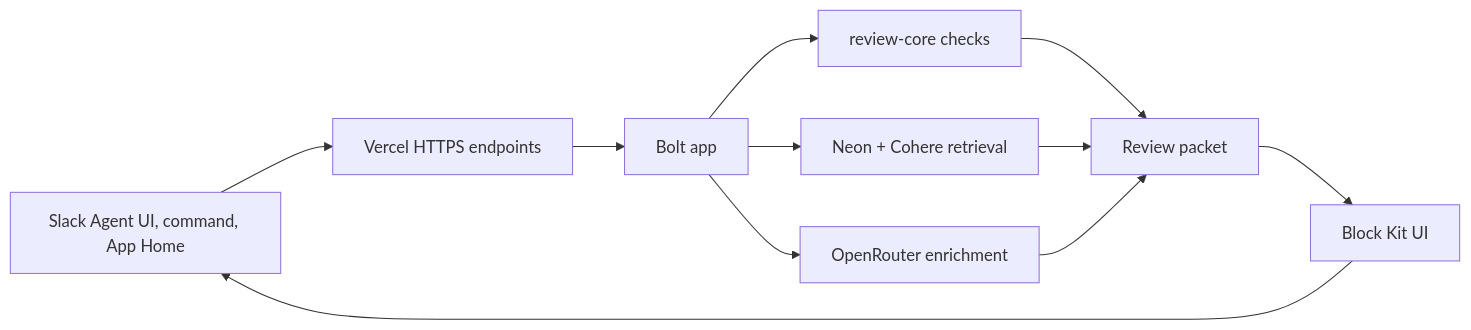
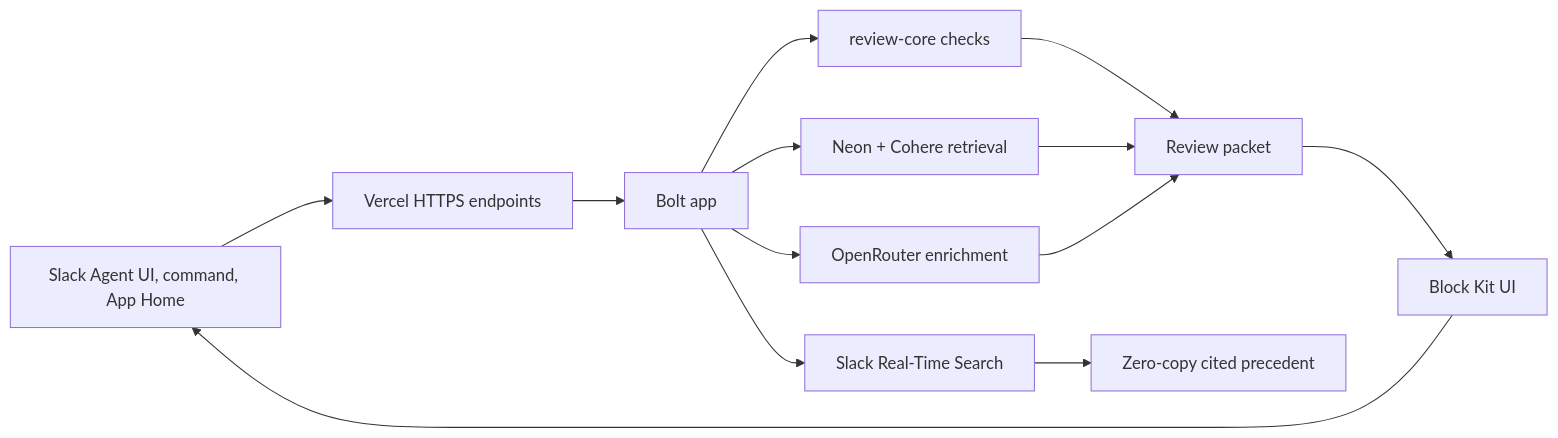
Before and after one commit to N-45div/SecureLore: the second of 3 diagrams in README.md, drawn with Mermaid. The commit also changed other lines of this file and 10 other files, not shown here.

Commit message:
feat: add zero-copy Slack RTS evidence scout

````diff
--- a/README.md
+++ b/README.md
@@ -46,13 +49,15 @@
 ```mermaid
 flowchart LR
   Slack[Slack Agent UI, command, App Home] --> Vercel[Vercel HTTPS endpoints]
   Vercel --> Bolt[Bolt app]
   Bolt --> Core[review-core checks]
   Bolt --> Memory[Neon + Cohere retrieval]
   Bolt --> LLM[OpenRouter enrichment]
+  Bolt --> RTS[Slack Real-Time Search]
   Core --> Packet[Review packet]
   Memory --> Packet
   LLM --> Packet
+  RTS --> Live[Zero-copy cited precedent]
   Packet --> SlackUI[Block Kit UI]
   SlackUI --> Slack
 ```
````
